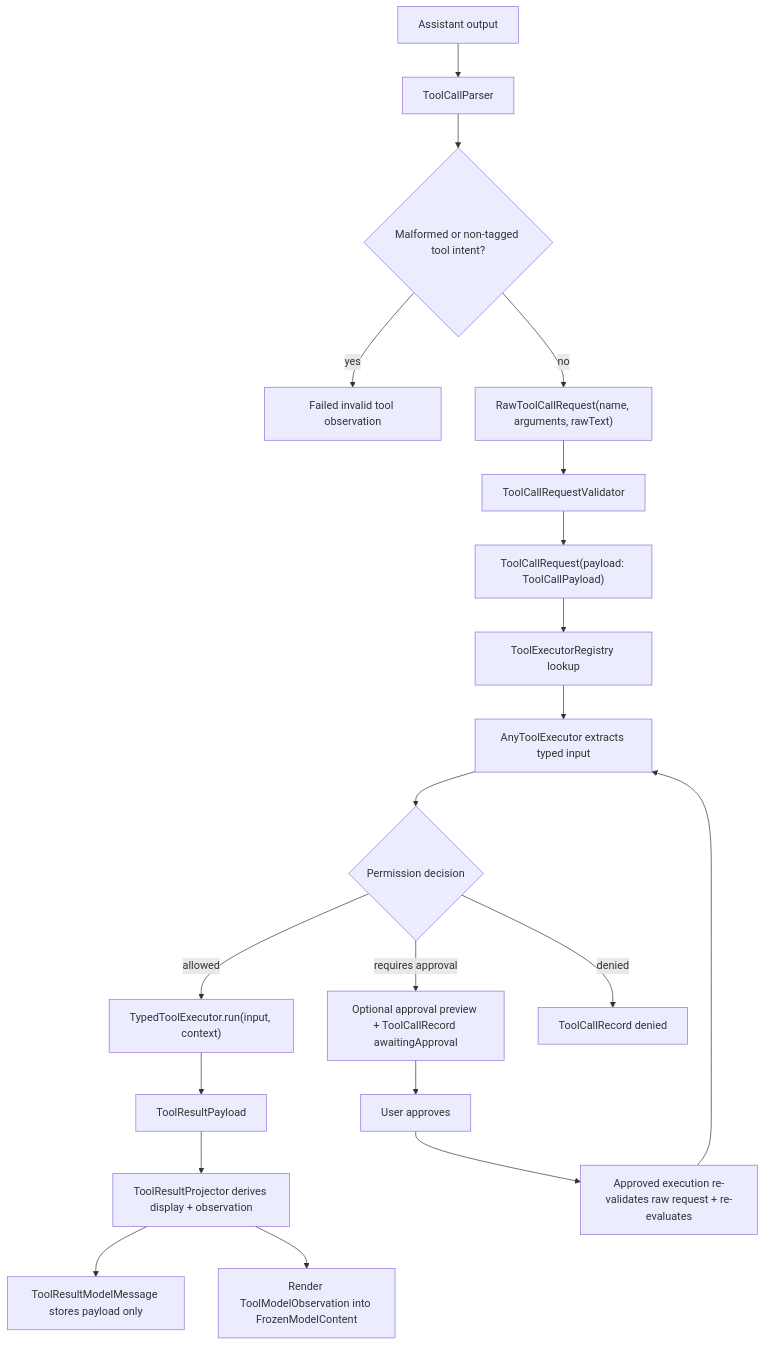
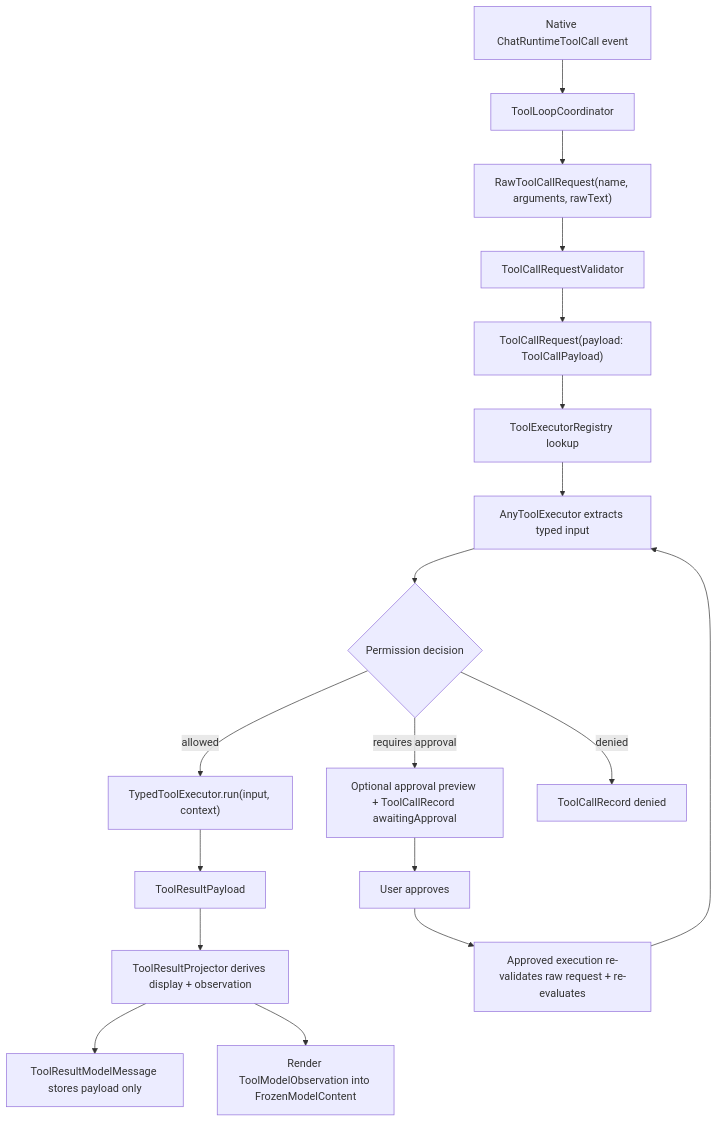
One commit to ngutech21/sumika-chat changed the diagram in docs/tool-runtime.md. Above: the diagram before and after it, drawn with Mermaid. The commit also changed other lines of this file and 33 other files, not shown here.

````diff
--- a/docs/tool-runtime.md
+++ b/docs/tool-runtime.md
@@ -10,22 +10,20 @@
 ```mermaid
 flowchart TD
-  A["Assistant output"] --> B["ToolCallParser"]
-  B --> Z{"Malformed or non-tagged tool intent?"}
-  Z -- "yes" --> Y["Failed invalid tool observation"]
-  Z -- "no" --> C["RawToolCallRequest(name, arguments, rawText)"]
+  A["Native ChatRuntimeToolCall event"] --> B["ToolLoopCoordinator"]
+  B --> C["RawToolCallRequest(name, arguments, rawText)"]
   C --> D["ToolCallRequestValidator"]
   D --> E["ToolCallRequest(payload: ToolCallPayload)"]
   E --> F["ToolExecutorRegistry lookup"]
   F --> G["AnyToolExecutor extracts typed input"]
   G --> H{"Permission decision"}
   H -- "allowed" --> I["TypedToolExecutor.run(input, context)"]
   H -- "requires approval" --> J["Optional approval preview + ToolCallRecord awaitingApproval"]
   H -- "denied" --> K["ToolCallRecord denied"]
   I --> L["ToolResultPayload"]
   L --> O["ToolResultProjector derives display + observation"]
   O --> P["ToolResultModelMessage stores payload only"]
   O --> Q["Render ToolModelObservation into FrozenModelContent"]
   J --> M["User approves"]
   M --> N["Approved execution re-validates raw request + re-evaluates"]
   N --> G
 ```
````
